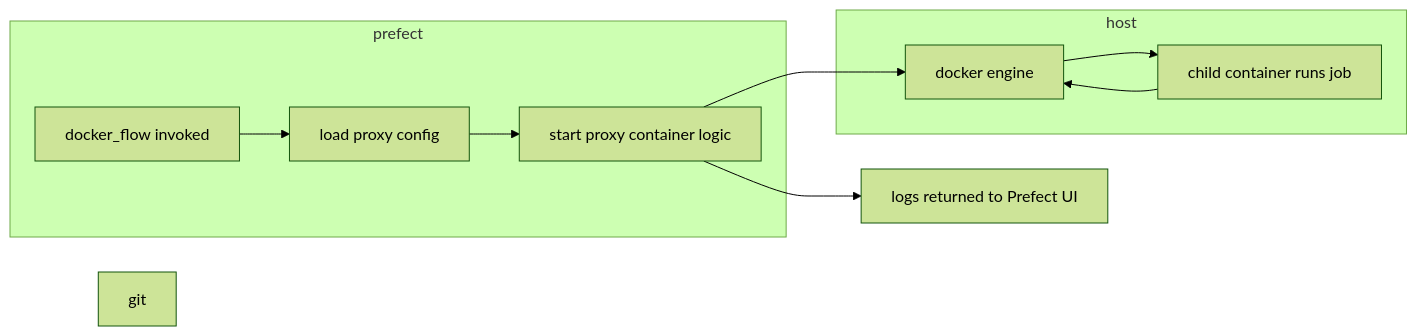
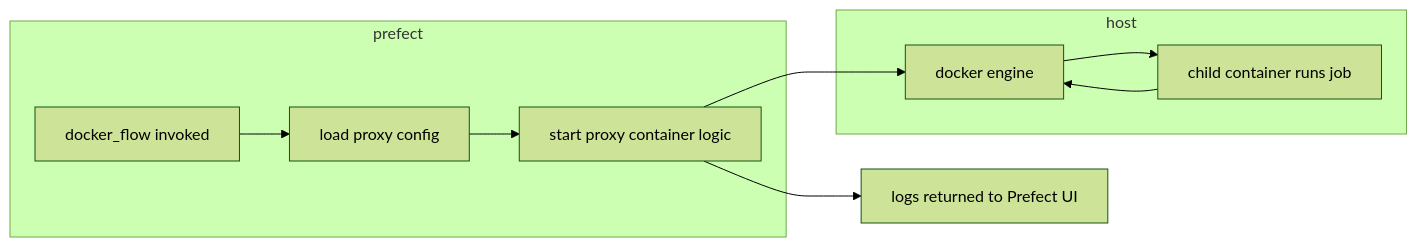
The diagram in README.md (jurajzachar/prefect-custom-docker), drawn with Mermaid (forest theme) before and after one commit.

````diff
--- a/README.md
+++ b/README.md
@@ -19,20 +19,19 @@
 ```mermaid
 flowchart LR
     subgraph prefect
         A[docker_flow invoked]
         B[load proxy config]
         C[start proxy container logic]
     end
-git 
     A --> B --> C
 
     subgraph host
         D[docker engine]
         E[child container runs job]
     end
 
     C --> D
     D --> E
     E --> D
     C --> F[logs returned to Prefect UI]
 ```
````
